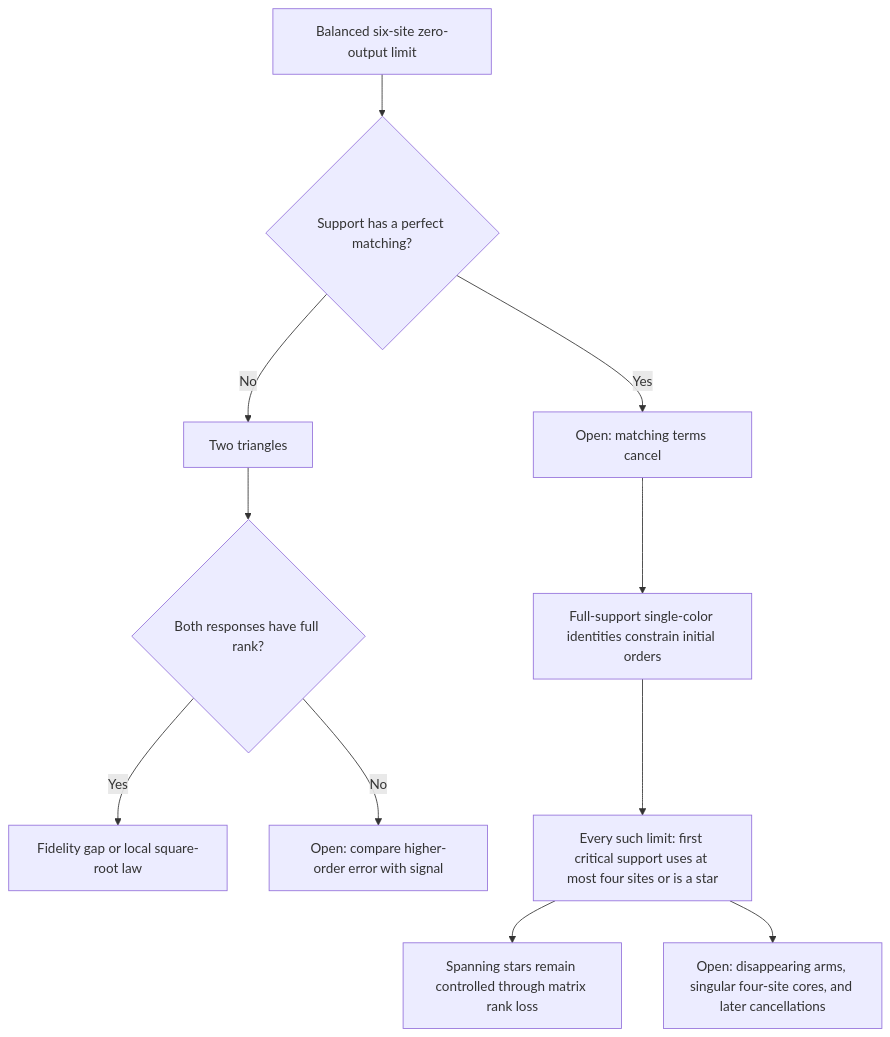
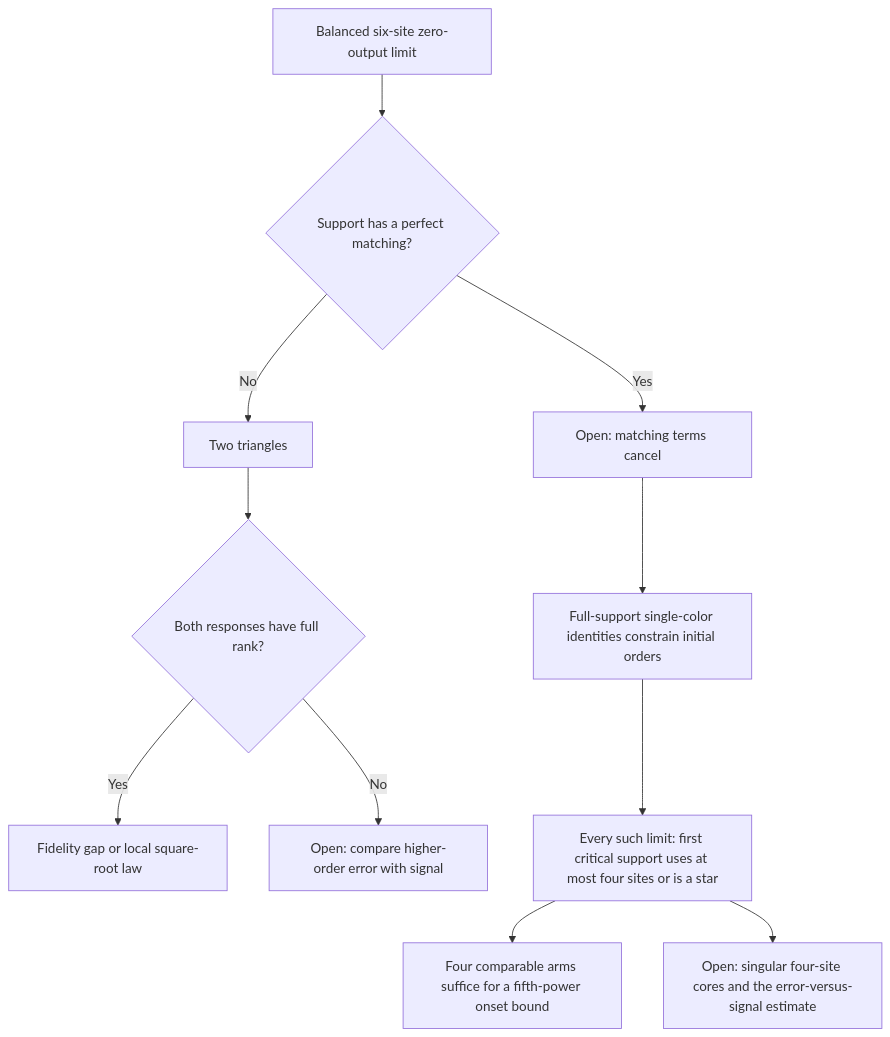
Before and after one commit to rrajasek95/krenn-conjecture: the diagram in research/ghz-rates/README.md, drawn with Mermaid. The commit also changed other lines of this file and 13 other files, not shown here.

Commit message:
Extend GHZ onset control through a disappearing star arm

```diff
--- a/research/ghz-rates/README.md
+++ b/research/ghz-rates/README.md
@@ -45,13 +46,13 @@
 ~~~mermaid
 flowchart TD
     A["Balanced six-site zero-output limit"] --> B{"Support has a perfect matching?"}
     B -->|No| C["Two triangles"]
     C --> D{"Both responses have full rank?"}
     D -->|Yes| E["Fidelity gap or local square-root law"]
     D -->|No| F["Open: compare higher-order error with signal"]
     B -->|Yes| G["Open: matching terms cancel"]
     G --> H["Full-support single-color identities constrain initial orders"]
     H --> I["Every such limit: first critical support uses at most four sites or is a star"]
-    I --> J["Spanning stars remain controlled through matrix rank loss"]
-    I --> K["Open: disappearing arms, singular four-site cores, and later cancellations"]
+    I --> J["Four comparable arms suffice for a fifth-power onset bound"]
+    I --> K["Open: singular four-site cores and the error-versus-signal estimate"]
 ~~~
```
